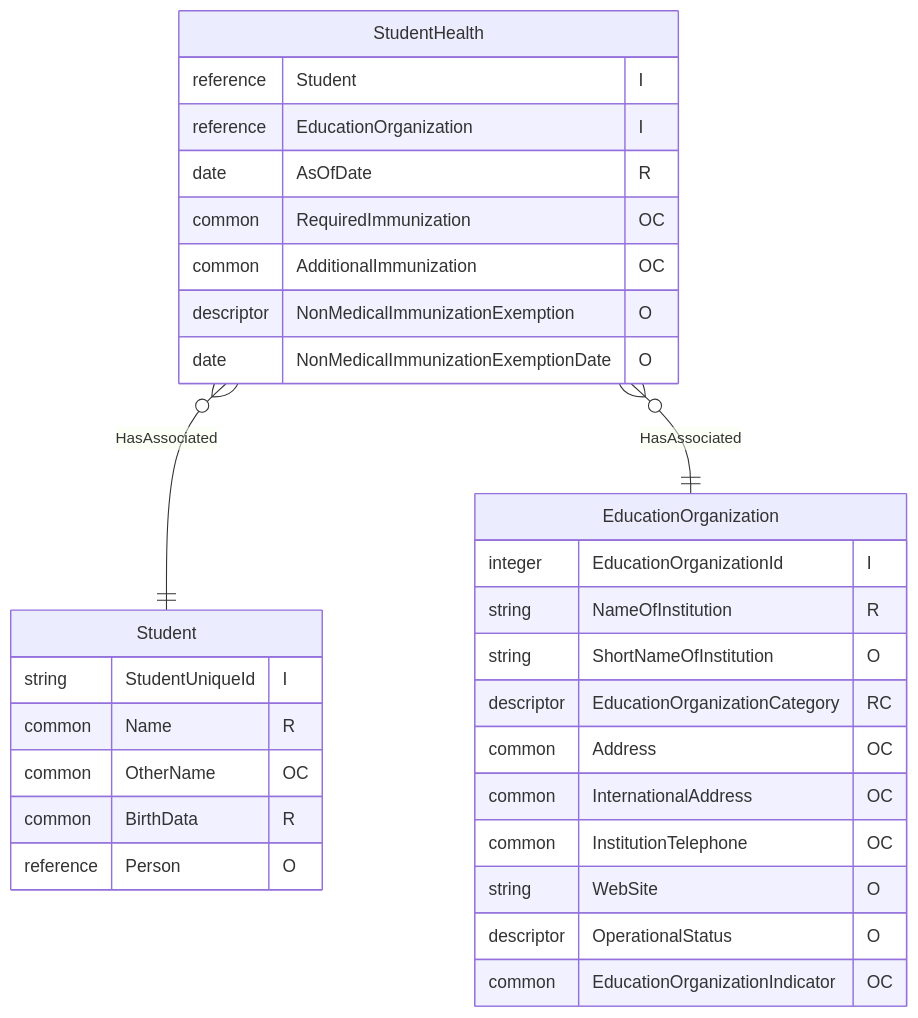
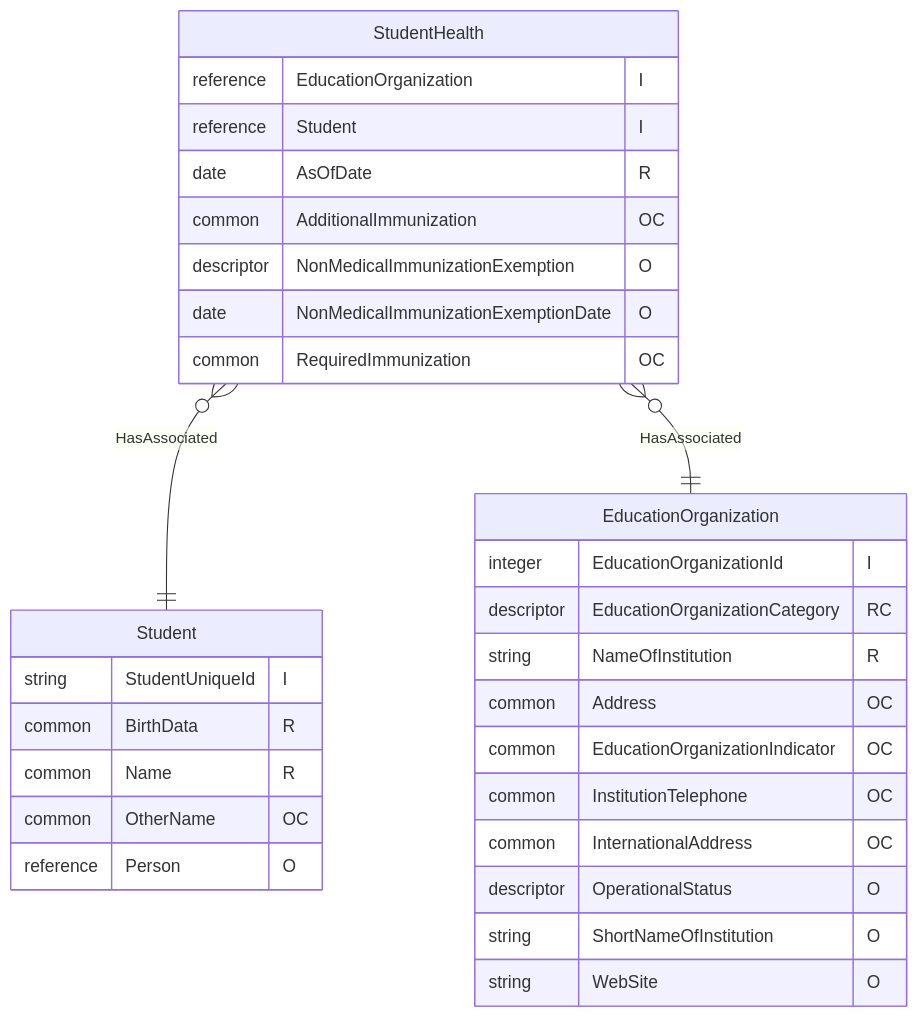
One commit to Ed-Fi-Alliance-OSS/ed-fi-alliance-oss.github.io changed the diagram in dataStandard_versioned_docs/version-6/model-reference/student-health-domain/StudentHealth.mmd. Above: the diagram before and after it, drawn with Mermaid. The commit also changed other lines of this file, not shown here.

First line of the commit message:
[DATASTD-2636] Reorder Student Health UML attributes to list identities at the top

```diff
--- a/dataStandard_versioned_docs/version-6/model-reference/student-health-domain/StudentHealth.mmd
+++ b/dataStandard_versioned_docs/version-6/model-reference/student-health-domain/StudentHealth.mmd
@@ -1,31 +1,31 @@
 erDiagram
     Student {
         string StudentUniqueId "I"
+        common BirthData "R"
         common Name "R"
         common OtherName "OC"
-        common BirthData "R"
         reference Person "O"
     }
     StudentHealth {
+        reference EducationOrganization "I"
         reference Student "I"
-        reference EducationOrganization "I"
         date AsOfDate "R"
-        common RequiredImmunization "OC"
         common AdditionalImmunization "OC"
         descriptor NonMedicalImmunizationExemption "O"
         date NonMedicalImmunizationExemptionDate "O"
+        common RequiredImmunization "OC"
     }
     EducationOrganization {
         integer EducationOrganizationId "I"
+        descriptor EducationOrganizationCategory "RC"
         string NameOfInstitution "R"
+        common Address "OC"
+        common EducationOrganizationIndicator "OC"
+        common InstitutionTelephone "OC"
+        common InternationalAddress "OC"
+        descriptor OperationalStatus "O"
         string ShortNameOfInstitution "O"
-        descriptor EducationOrganizationCategory "RC"
-        common Address "OC"
-        common InternationalAddress "OC"
-        common InstitutionTelephone "OC"
         string WebSite "O"
-        descriptor OperationalStatus "O"
-        common EducationOrganizationIndicator "OC"
     }
     StudentHealth }o--|| Student : "HasAssociated"
     StudentHealth }o--|| EducationOrganization : "HasAssociated"
```
